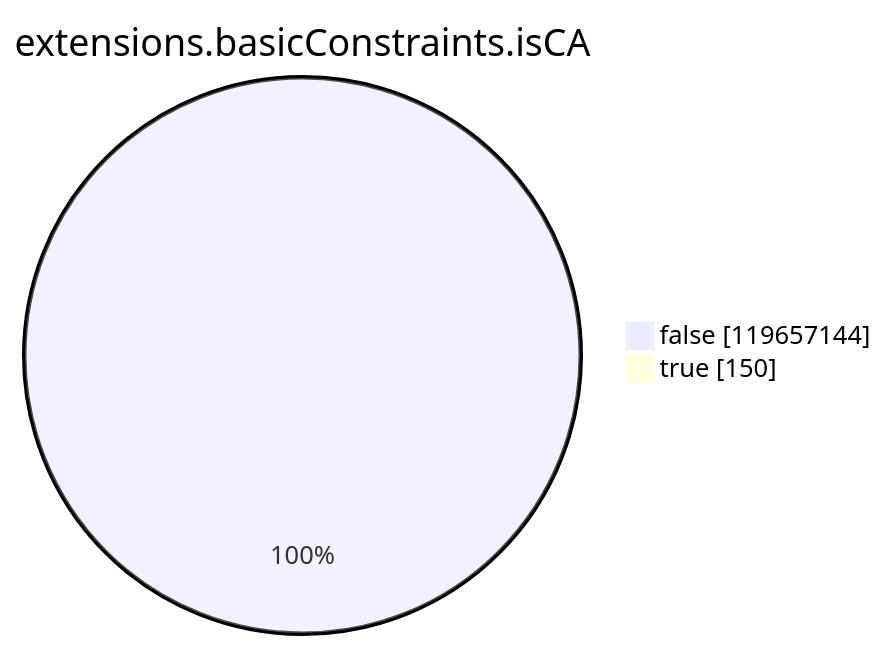
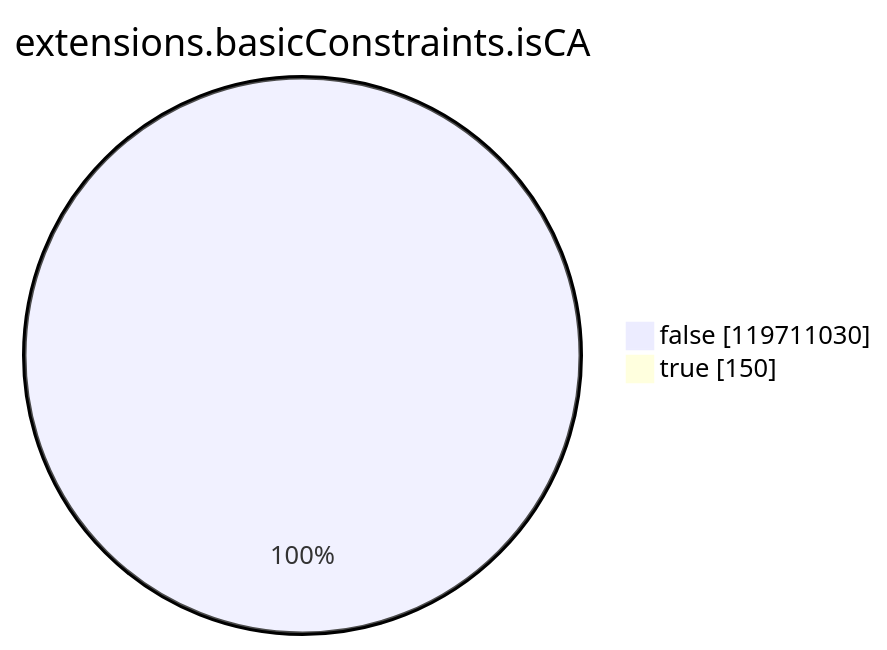
The seventh of 15 diagrams in xenon2023/README.md (christiankrug/ctmonitor_visualization), drawn with Mermaid before and after one commit. The commit also changed other lines of this file, not shown here.

````diff
--- a/xenon2023/README.md
+++ b/xenon2023/README.md
@@ -2152,6 +2152,6 @@
 ```mermaid
 pie showData
 title extensions.basicConstraints.isCA
-"false" :119657144
+"false" :119711030
 "true" :150
 ```
````
